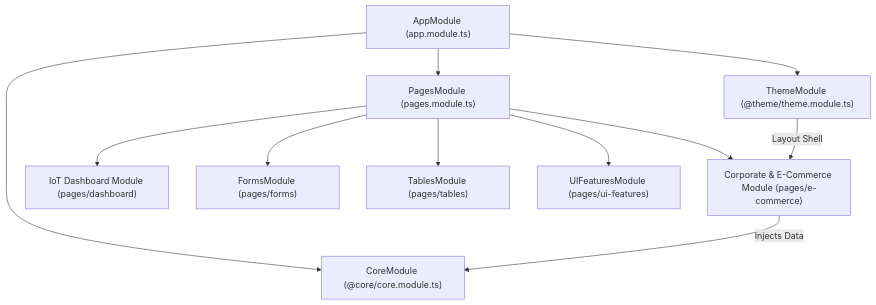
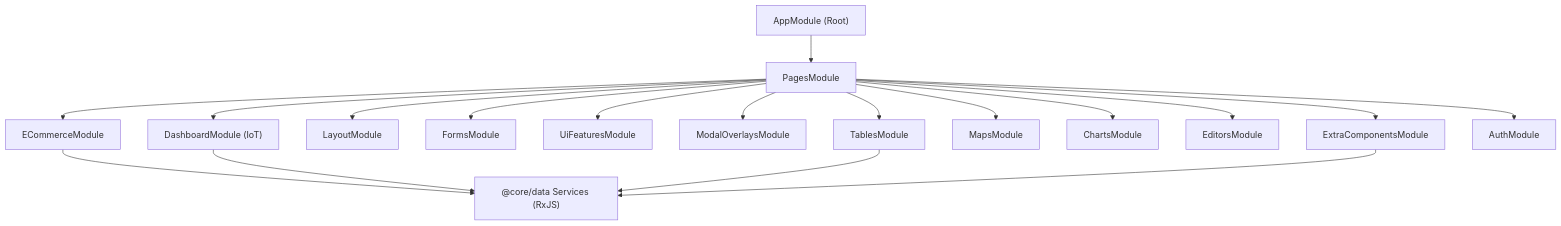
One commit to calin-m/NGX-Admin-React-Tailwind-Conversion changed the diagram in docs/LEGACY_BLUEPRINT.md. Above: the diagram before and after it, drawn with Mermaid. The commit also changed other lines of this file and 5 other files, not shown here.

````diff
--- a/docs/LEGACY_BLUEPRINT.md
+++ b/docs/LEGACY_BLUEPRINT.md
@@ -20,15 +22,21 @@
 ```mermaid
 graph TD
-    AppModule["AppModule (app.module.ts)"] --> PagesModule["PagesModule (pages.module.ts)"]
-    AppModule --> CoreModule["CoreModule (@core/core.module.ts)"]
-    AppModule --> ThemeModule["ThemeModule (@theme/theme.module.ts)"]
-    
-    PagesModule --> ECommerceModule["Corporate & E-Commerce Module (pages/e-commerce)"]
-    PagesModule --> IoTDashboardModule["IoT Dashboard Module (pages/dashboard)"]
-    PagesModule --> FormsModule["FormsModule (pages/forms)"]
-    PagesModule --> TablesModule["TablesModule (pages/tables)"]
-    PagesModule --> UIModule["UIFeaturesModule (pages/ui-features)"]
-    
-    ECommerceModule --> |Injects Data| CoreModule
-    ThemeModule --> |Layout Shell| ECommerceModule
+    AppModule["AppModule (Root)"] --> PagesModule["PagesModule"]
+    PagesModule --> ECommerceModule["ECommerceModule"]
+    PagesModule --> DashboardModule["DashboardModule (IoT)"]
+    PagesModule --> LayoutModule["LayoutModule"]
+    PagesModule --> FormsModule["FormsModule"]
+    PagesModule --> UiFeaturesModule["UiFeaturesModule"]
+    PagesModule --> ModalOverlaysModule["ModalOverlaysModule"]
+    PagesModule --> ExtraComponentsModule["ExtraComponentsModule"]
+    PagesModule --> MapsModule["MapsModule"]
+    PagesModule --> ChartsModule["ChartsModule"]
+    PagesModule --> EditorsModule["EditorsModule"]
+    PagesModule --> TablesModule["TablesModule"]
+    PagesModule --> AuthModule["AuthModule"]
+
+    ECommerceModule --> CoreData["@core/data Services (RxJS)"]
+    DashboardModule --> CoreData
+    TablesModule --> CoreData
+    ExtraComponentsModule --> CoreData
 ```
````
